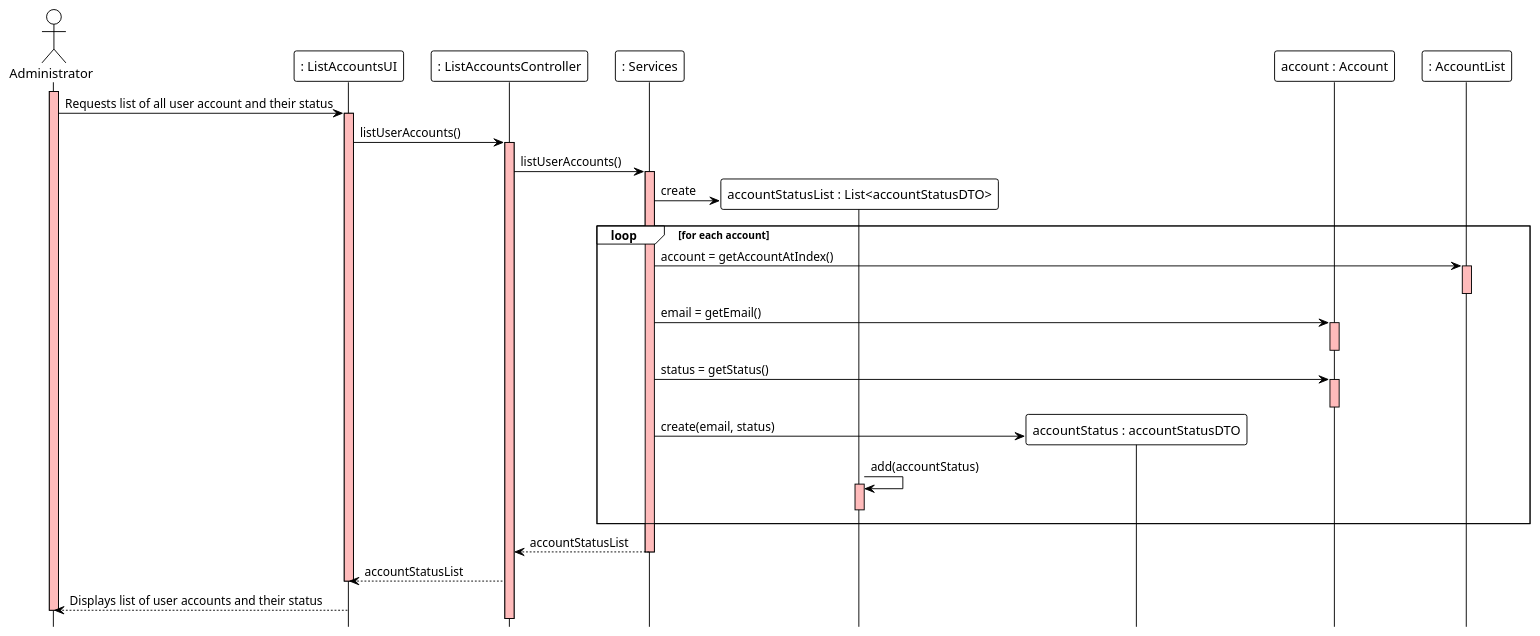
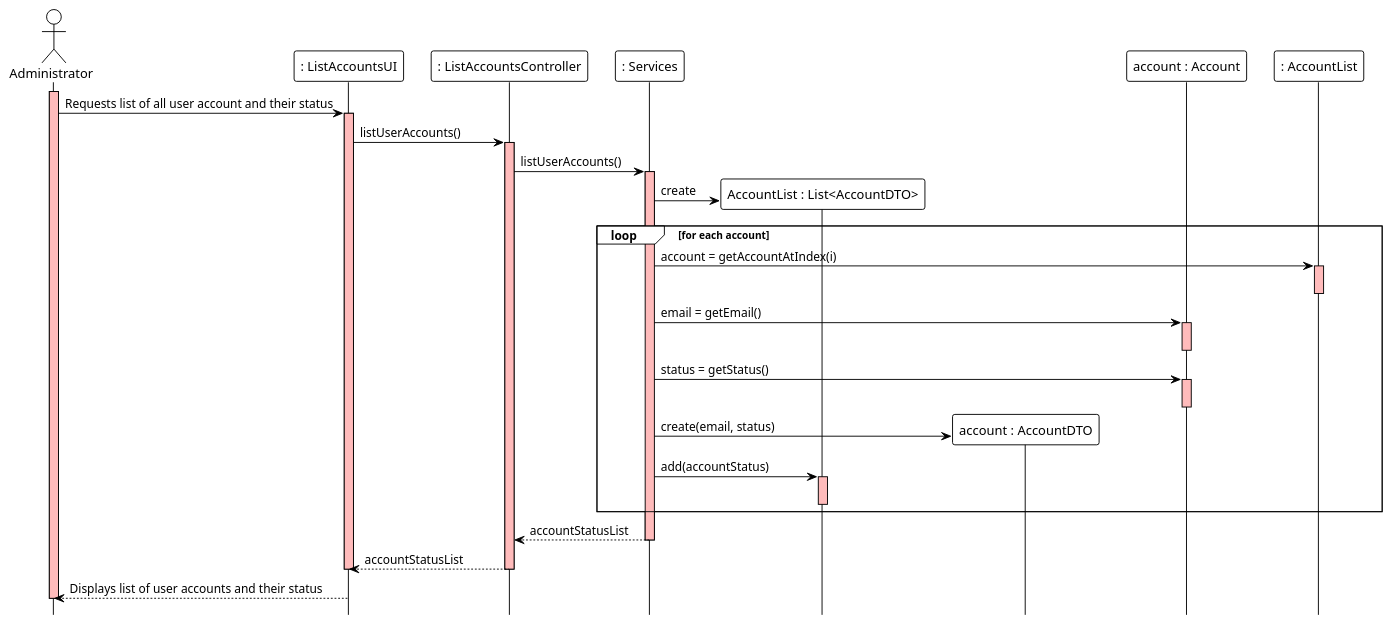
Before and after one commit to ivo-menezes/project_g3: the diagram in docs/modelling_design/user_stories/us004/US004_ListAllAccountsAndStatusSD.puml, drawn with PlantUML.

Commit message:
US004: Analysis: Updated SD

```diff
--- a/docs/modelling_design/user_stories/us004/US004_ListAllAccountsAndStatusSD.puml
+++ b/docs/modelling_design/user_stories/us004/US004_ListAllAccountsAndStatusSD.puml
@@ -1,53 +1,54 @@
 @startuml
 !theme plain
 hide footbox
 
 actor Administrator as Administrator
 participant ": ListAccountsUI" as UI
 participant ": ListAccountsController" as Controller
 participant ": Services" as Services
-participant "accountStatusList : List<accountStatusDTO>" as DTOList
-participant "accountStatus : accountStatusDTO" as DTO
+participant "AccountList : List<AccountDTO>" as DTOList
+participant "account : AccountDTO" as DTO
 participant "account : Account" as account
 
 participant ": AccountList" as AccountList
 
 activate Administrator #FFBBBB
 Administrator ->  UI: Requests list of all user account and their status
 
 activate UI #FFBBBB
 UI -> Controller: listUserAccounts()
 
 activate Controller #FFBBBB
 Controller -> Services: listUserAccounts()
 
 activate Services #FFBBBB
 Services -> DTOList ** : create
 
 loop for each account
-Services -> AccountList : account = getAccountAtIndex()
+Services -> AccountList : account = getAccountAtIndex(i)
 activate AccountList #FFBBBB
 deactivate AccountList
 Services -> account : email = getEmail()
 activate account #FFBBBB
 deactivate account
 Services -> account : status = getStatus()
 activate account #FFBBBB
 deactivate account
 
 Services -> DTO ** : create(email, status)
 
-DTOList -> DTOList : add(accountStatus)
+Services -> DTOList : add(accountStatus)
 activate DTOList #FFBBBB
 deactivate DTOList
 end
 
 Services --> Controller : accountStatusList
 deactivate Services
 
 Controller --> UI : accountStatusList
+deactivate Controller
 deactivate UI
 
 UI --> Administrator: Displays list of user accounts and their status
 deactivate Administrator #FFBBBB
 @enduml
```
